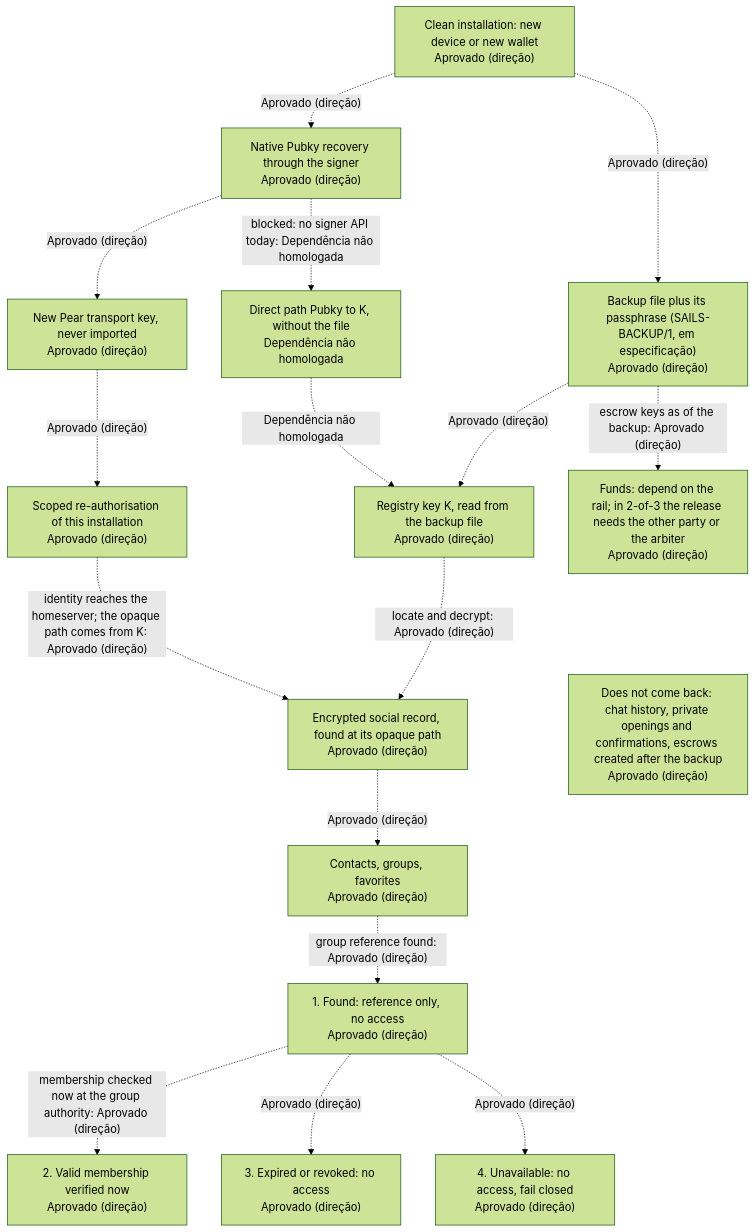
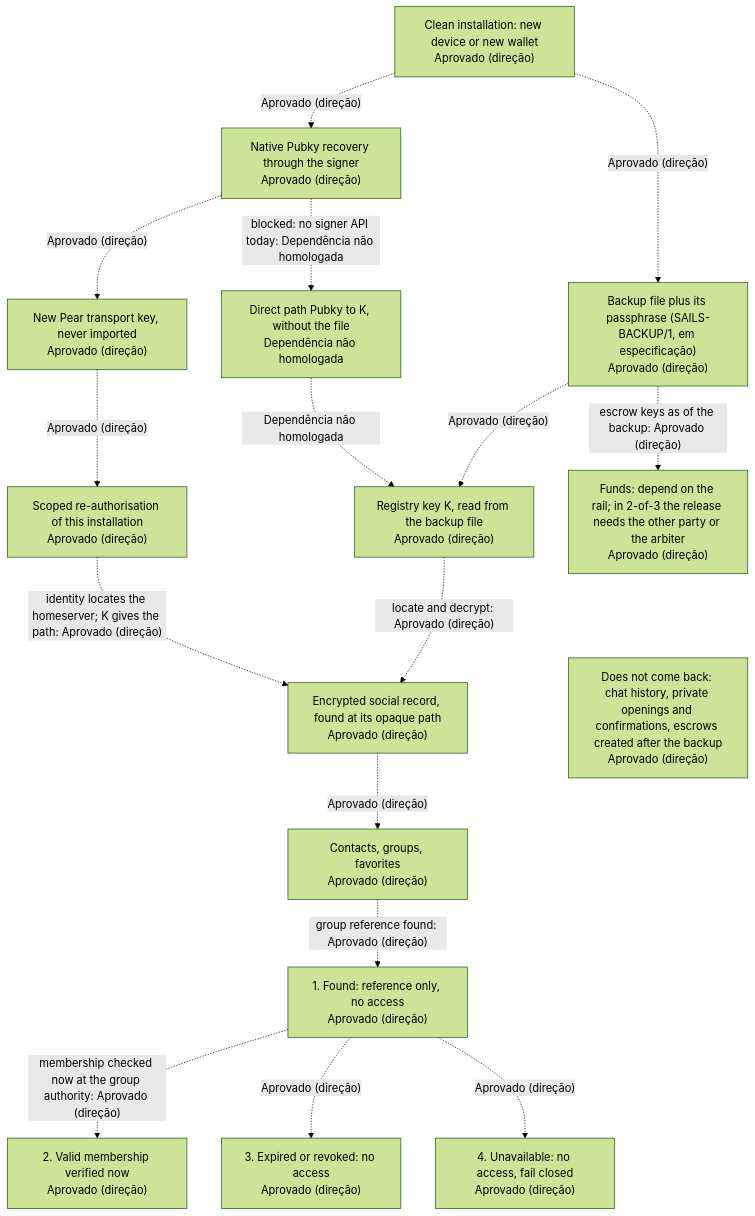
The fifth of 6 diagrams in docs/SYSTEM_DESIGN.md (sails-protocol/Sails-Protocol), drawn with Mermaid (forest theme) before and after one commit. The commit also changed other lines of this file, not shown here.

Commit message:
docs: correções factuais dos diagramas (Principal): chaves de escrow/árbitro, chat no nó, chave Pear

````diff
--- a/docs/SYSTEM_DESIGN.md
+++ b/docs/SYSTEM_DESIGN.md
@@ -690,29 +693,29 @@
 ```mermaid
 flowchart TD
   S["Clean installation: new device or new wallet<br/>Aprovado (direção)"]
   A["Native Pubky recovery through the signer<br/>Aprovado (direção)"]
   B["New Pear transport key, never imported<br/>Aprovado (direção)"]
   C["Scoped re-authorisation of this installation<br/>Aprovado (direção)"]
   F["Backup file plus its passphrase (SAILS-BACKUP/1, em especificação)<br/>Aprovado (direção)"]
   K["Registry key K, read from the backup file<br/>Aprovado (direção)"]
   R["Encrypted social record, found at its opaque path<br/>Aprovado (direção)"]
   L["Contacts, groups, favorites<br/>Aprovado (direção)"]
   PK["Direct path Pubky to K, without the file<br/>Dependência não homologada"]
   S -.->|"Aprovado (direção)"| A
   A -.->|"Aprovado (direção)"| B
   B -.->|"Aprovado (direção)"| C
   S -.->|"Aprovado (direção)"| F
   F -.->|"Aprovado (direção)"| K
   K -.->|"locate and decrypt: Aprovado (direção)"| R
-  C -.->|"identity reaches the homeserver; the opaque path comes from K: Aprovado (direção)"| R
+  C -.->|"identity locates the homeserver; K gives the path: Aprovado (direção)"| R
   R -.->|"Aprovado (direção)"| L
   A -.->|"blocked: no signer API today: Dependência não homologada"| PK
   PK -.->|"Dependência não homologada"| K
   L -.->|"group reference found: Aprovado (direção)"| grpFound["1. Found: reference only, no access<br/>Aprovado (direção)"]
   grpFound -.->|"membership checked now at the group authority: Aprovado (direção)"| grpValid["2. Valid membership verified now<br/>Aprovado (direção)"]
   grpFound -.->|"Aprovado (direção)"| grpRevoked["3. Expired or revoked: no access<br/>Aprovado (direção)"]
   grpFound -.->|"Aprovado (direção)"| grpUnavailable["4. Unavailable: no access, fail closed<br/>Aprovado (direção)"]
   F -.->|"escrow keys as of the backup: Aprovado (direção)"| FD["Funds: depend on the rail; in 2-of-3 the release needs the other party or the arbiter<br/>Aprovado (direção)"]
   NB["Does not come back: chat history, private openings and confirmations, escrows created after the backup<br/>Aprovado (direção)"]
   FD ~~~ NB
 ```
````
